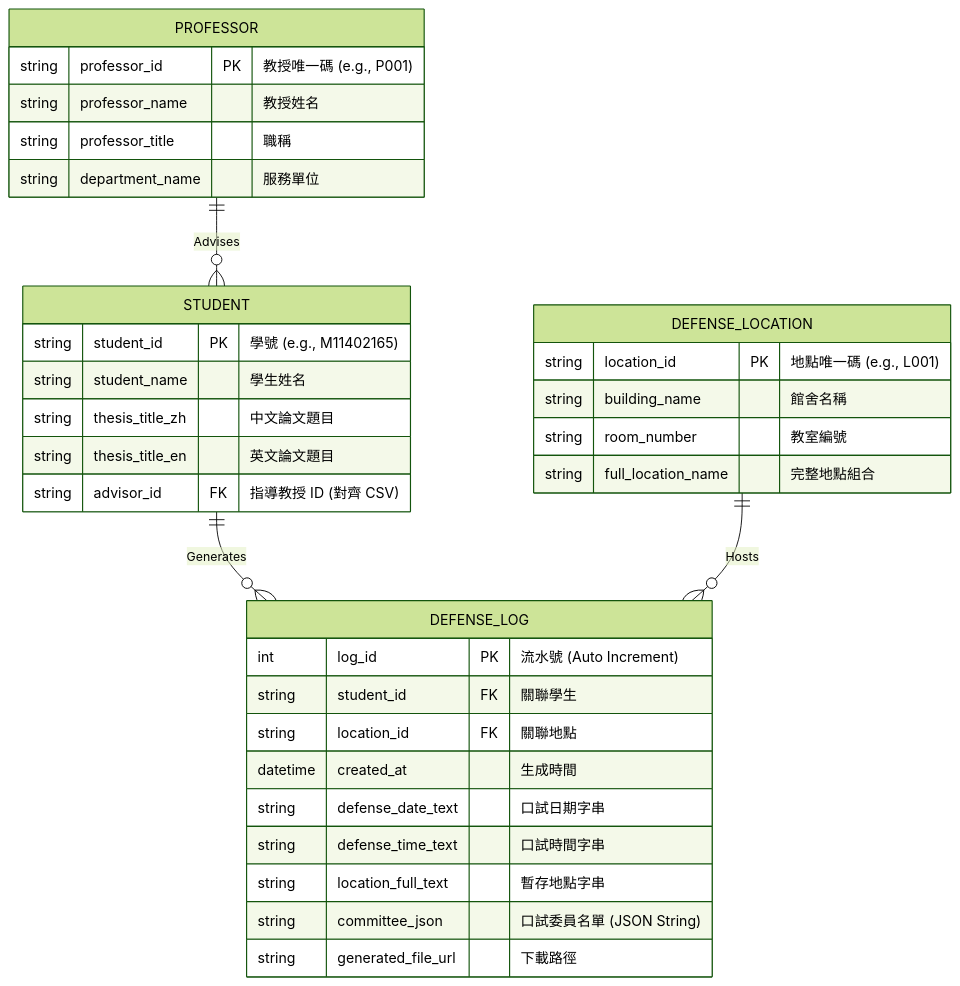
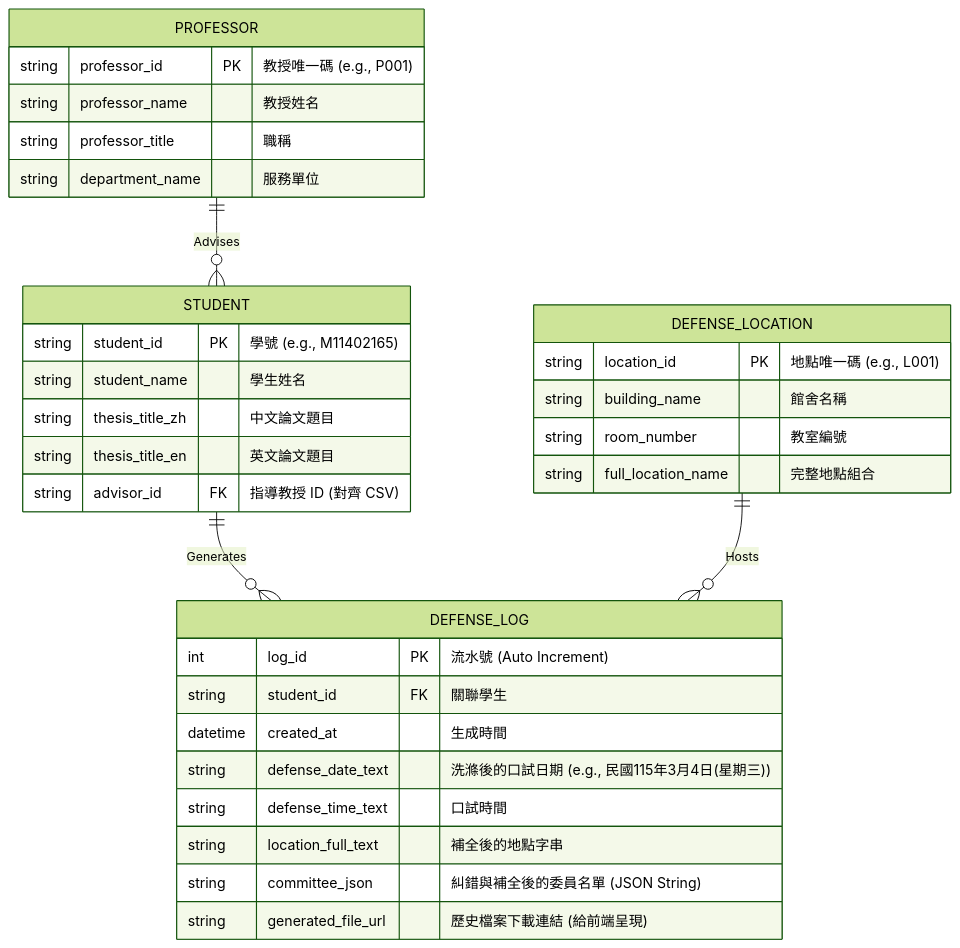
Before and after one commit to NTUST-Lab-training/defense-bot: the diagram in docs/SCHEMA.md, drawn with Mermaid (forest theme). The commit also changed other lines of this file and 4 other files, not shown here.

````diff
--- a/docs/SCHEMA.md
+++ b/docs/SCHEMA.md
@@ -10,40 +11,39 @@
 ```mermaid
 erDiagram
     STUDENT {
         string student_id PK "學號 (e.g., M11402165)"
         string student_name "學生姓名"
         string thesis_title_zh "中文論文題目"
         string thesis_title_en "英文論文題目"
         string advisor_id FK "指導教授 ID (對齊 CSV)"
     }
 
     PROFESSOR {
         string professor_id PK "教授唯一碼 (e.g., P001)"
         string professor_name "教授姓名"
         string professor_title "職稱"
         string department_name "服務單位"
     }
 
     DEFENSE_LOCATION {
         string location_id PK "地點唯一碼 (e.g., L001)"
         string building_name "館舍名稱"
         string room_number "教室編號"
         string full_location_name "完整地點組合"
     }
 
     DEFENSE_LOG {
         int log_id PK "流水號 (Auto Increment)"
         string student_id FK "關聯學生"
-        string location_id FK "關聯地點"
         datetime created_at "生成時間"
-        string defense_date_text "口試日期字串"
-        string defense_time_text "口試時間字串"
-        string location_full_text "暫存地點字串"
-        string committee_json "口試委員名單 (JSON String)"
-        string generated_file_url "下載路徑"
+        string defense_date_text "洗滌後的口試日期 (e.g., 民國115年3月4日(星期三))"
+        string defense_time_text "口試時間"
+        string location_full_text "補全後的地點字串"
+        string committee_json "糾錯與補全後的委員名單 (JSON String)"
+        string generated_file_url "歷史檔案下載連結 (給前端呈現)"
     }
 
     PROFESSOR ||--o{ STUDENT : "Advises"
     STUDENT ||--o{ DEFENSE_LOG : "Generates"
     DEFENSE_LOCATION ||--o{ DEFENSE_LOG : "Hosts"
 ```
````
